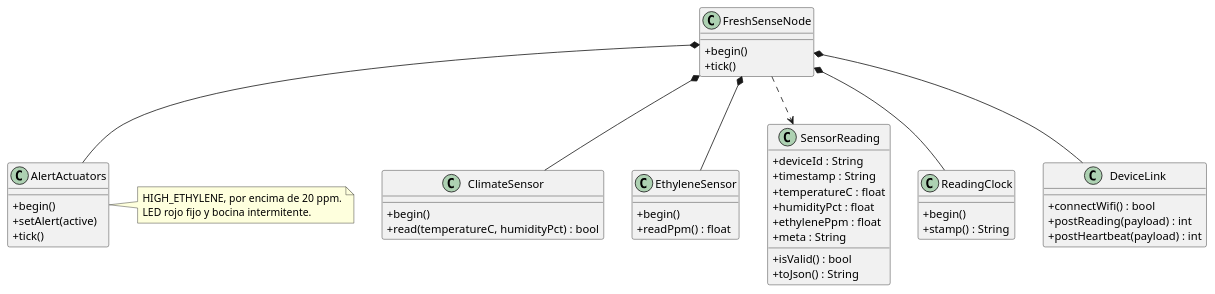
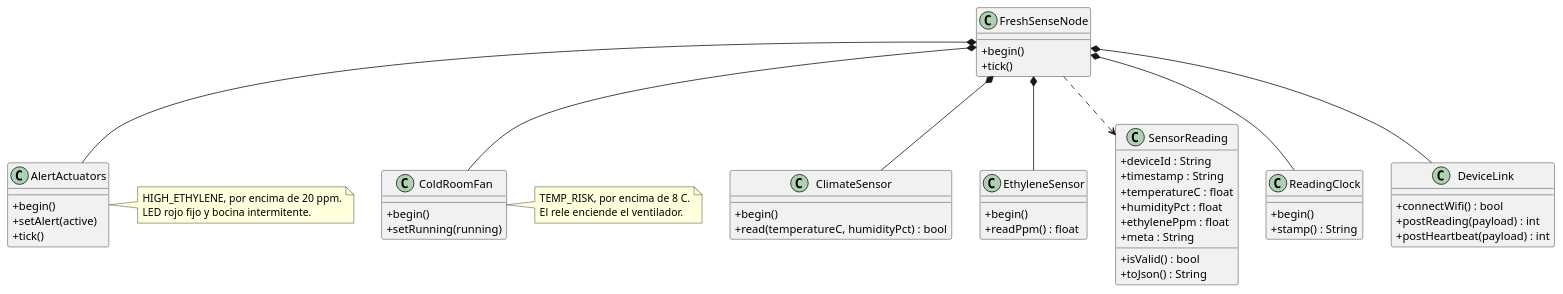
One commit to u202314019-MrOsoPanda/wokwi changed the diagram in docs/class-diagram.puml. Above: the diagram before and after it, drawn with PlantUML. The commit also changed 4 other files, not shown here.

Commit message:
Switch a fan relay on when the cold room rises above the temperature risk limit.

```diff
--- a/docs/class-diagram.puml
+++ b/docs/class-diagram.puml
@@ -1,58 +1,69 @@
 @startuml FreshSenseDevice
 skinparam classAttributeIconSize 0
 
 class ClimateSensor {
   + begin()
   + read(temperatureC, humidityPct) : bool
 }
 
 class EthyleneSensor {
   + begin()
   + readPpm() : float
 }
 
 class SensorReading {
   + deviceId : String
   + timestamp : String
   + temperatureC : float
   + humidityPct : float
   + ethylenePpm : float
   + meta : String
   + isValid() : bool
   + toJson() : String
 }
 
 class ReadingClock {
   + begin()
   + stamp() : String
 }
 
 class AlertActuators {
   + begin()
   + setAlert(active)
   + tick()
 }
 
+class ColdRoomFan {
+  + begin()
+  + setRunning(running)
+}
+
 class DeviceLink {
   + connectWifi() : bool
   + postReading(payload) : int
   + postHeartbeat(payload) : int
 }
 
 class FreshSenseNode {
   + begin()
   + tick()
 }
 
 FreshSenseNode *-- ClimateSensor
 FreshSenseNode *-- EthyleneSensor
 FreshSenseNode *-- AlertActuators
+FreshSenseNode *-- ColdRoomFan
 FreshSenseNode *-- ReadingClock
 FreshSenseNode *-- DeviceLink
 FreshSenseNode ..> SensorReading
 
 note right of AlertActuators
   HIGH_ETHYLENE, por encima de 20 ppm.
   LED rojo fijo y bocina intermitente.
 end note
+
+note right of ColdRoomFan
+  TEMP_RISK, por encima de 8 C.
+  El rele enciende el ventilador.
+end note
 @enduml
```
